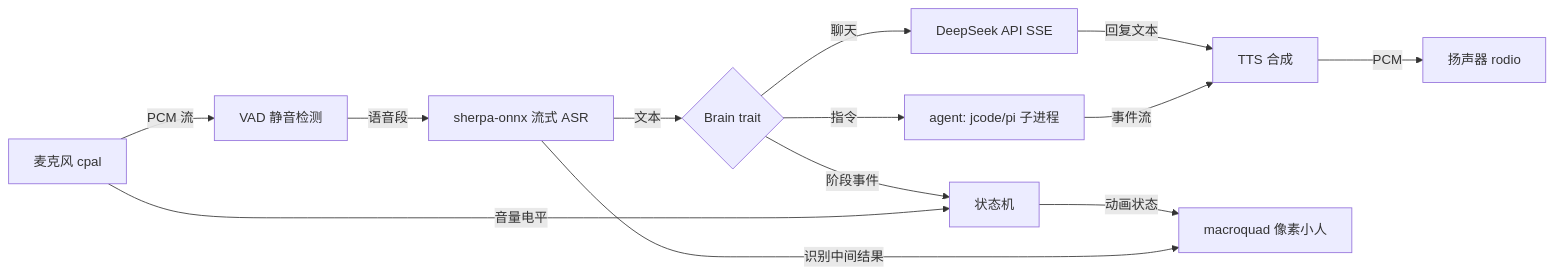
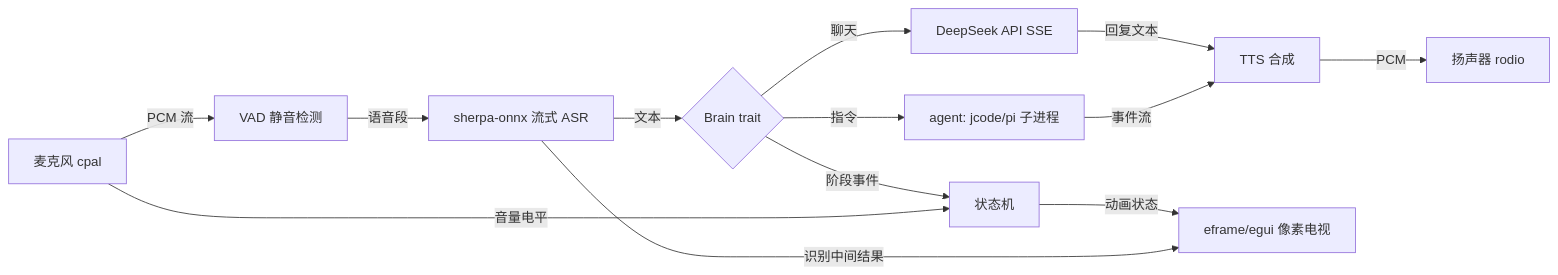
Before and after one commit to 3274375092/voxelf: the diagram in PLAN.md, drawn with Mermaid. The commit also changed other lines of this file and 2 other files, not shown here.

````diff
--- a/PLAN.md
+++ b/PLAN.md
@@ -7,15 +7,15 @@
 ```mermaid
 flowchart LR
     MIC[麦克风 cpal] -->|PCM 流| VAD[VAD 静音检测]
     VAD -->|语音段| ASR[sherpa-onnx 流式 ASR]
     ASR -->|文本| BRAIN{Brain trait}
     BRAIN -->|聊天| DS[DeepSeek API SSE]
     BRAIN -->|指令| AG[agent: jcode/pi 子进程]
     DS -->|回复文本| TTS[TTS 合成]
     AG -->|事件流| TTS
     TTS -->|PCM| OUT[扬声器 rodio]
     BRAIN -->|阶段事件| SM[状态机]
     MIC -->|音量电平| SM
-    SM -->|动画状态| UI[macroquad 像素小人]
+    SM -->|动画状态| UI[eframe/egui 像素电视]
     ASR -->|识别中间结果| UI
 ```
````
